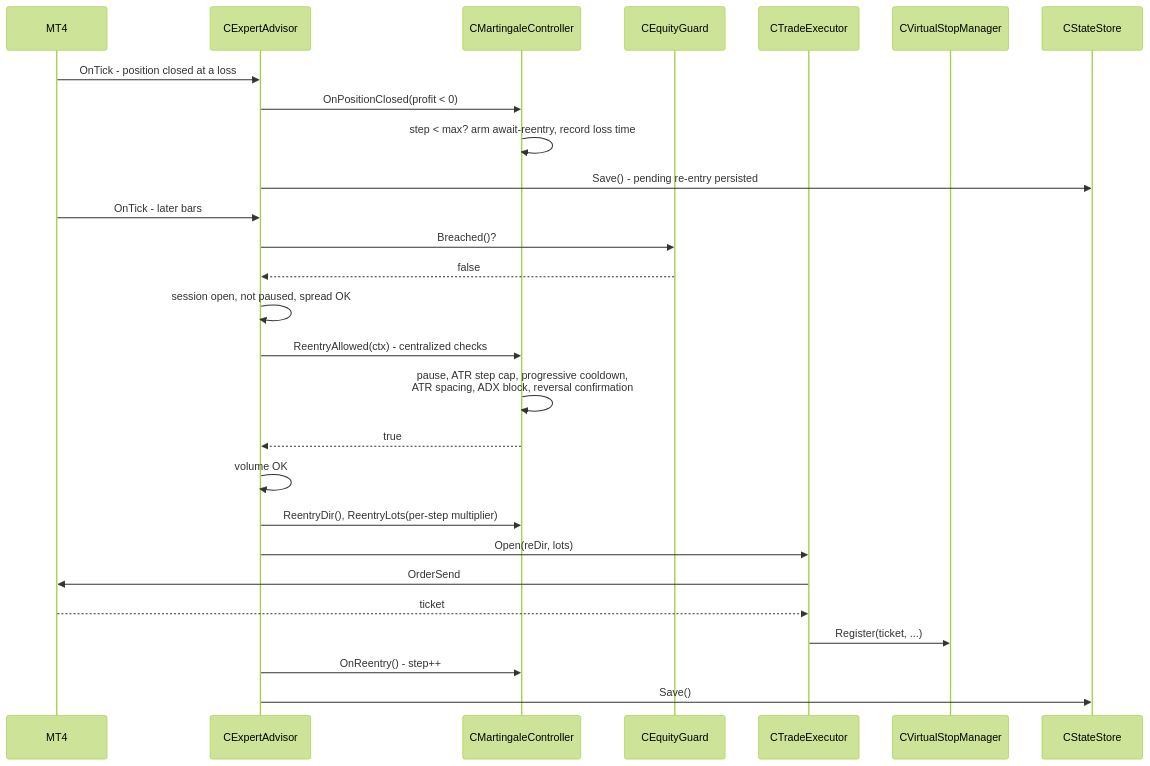
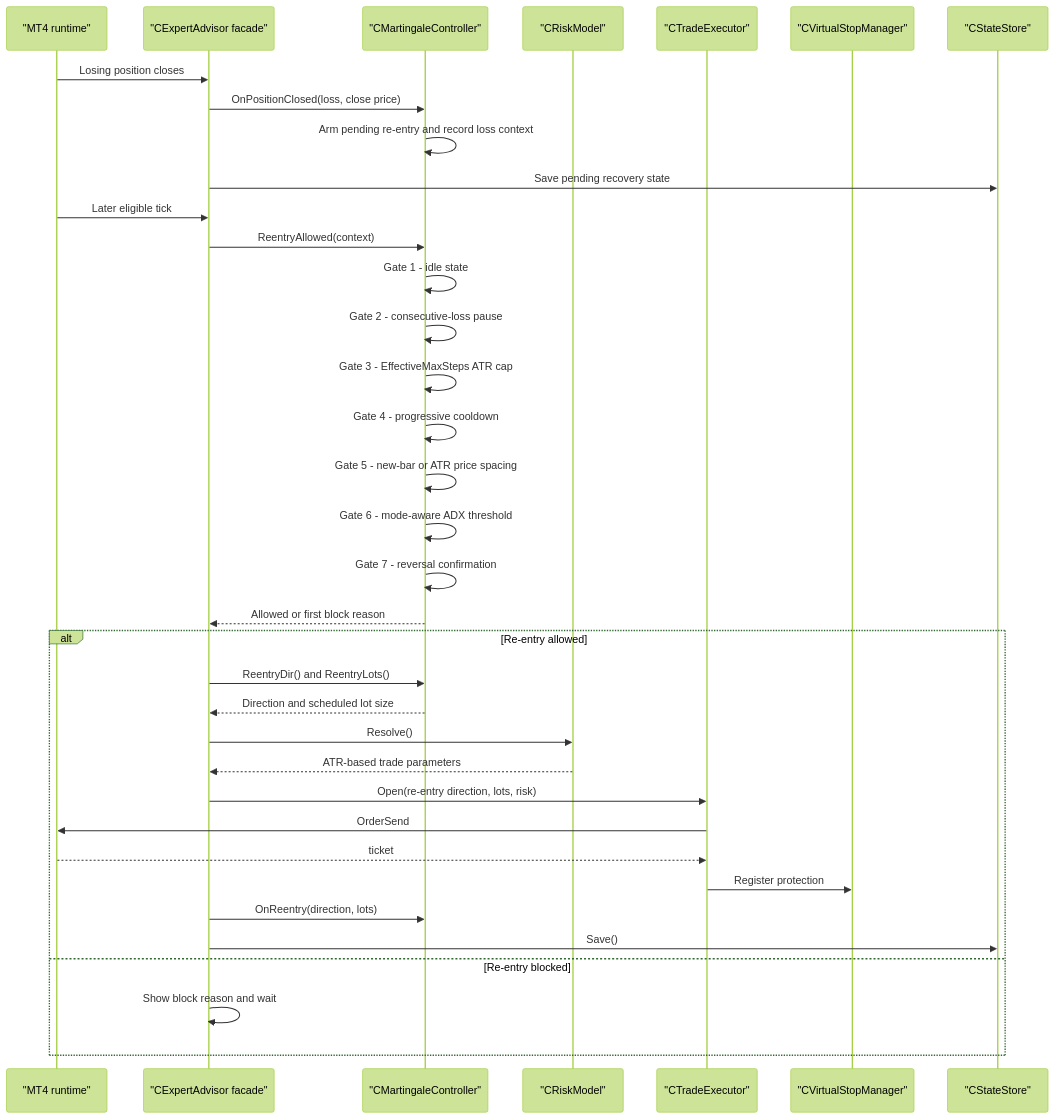
Before and after one commit to nhasibuan/oneminuteman: the fourth of 7 diagrams in README.md, drawn with Mermaid (forest theme). The commit also changed other lines of this file and 1 other file, not shown here.

Commit message:
Add martingale ATR auto-calibration

````diff
--- a/README.md
+++ b/README.md
@@ -393,31 +400,39 @@
 ```mermaid
 sequenceDiagram
-    participant MT4
-    participant EA as CExpertAdvisor
-    participant Mart as CMartingaleController
-    participant Guard as CEquityGuard
-    participant Exec as CTradeExecutor
-    participant VSL as CVirtualStopManager
-    participant Store as CStateStore
+    participant MT4 as "MT4 runtime"
+    participant EA as "CExpertAdvisor facade"
+    participant Mart as "CMartingaleController"
+    participant Risk as "CRiskModel"
+    participant Exec as "CTradeExecutor"
+    participant VSL as "CVirtualStopManager"
+    participant Store as "CStateStore"
 
-    MT4->>EA: OnTick - position closed at a loss
-    EA->>Mart: OnPositionClosed(profit < 0)
-    Mart->>Mart: step < max? arm await-reentry, record loss time
-    EA->>Store: Save() - pending re-entry persisted
-
-    MT4->>EA: OnTick - later bars
-    EA->>Guard: Breached()?
-    Guard-->>EA: false
-    EA->>EA: session open, not paused, spread OK
-    EA->>Mart: ReentryAllowed(ctx) - centralized checks
-    Mart->>Mart: pause, ATR step cap, progressive cooldown,<br/>ATR spacing, ADX block, reversal confirmation
-    Mart-->>EA: true
-    EA->>EA: volume OK
-    EA->>Mart: ReentryDir(), ReentryLots(per-step multiplier)
-    EA->>Exec: Open(reDir, lots)
-    Exec->>MT4: OrderSend
-    MT4-->>Exec: ticket
-    Exec->>VSL: Register(ticket, ...)
-    EA->>Mart: OnReentry() - step++
-    EA->>Store: Save()
+    MT4->>EA: Losing position closes
+    EA->>Mart: OnPositionClosed(loss, close price)
+    Mart->>Mart: Arm pending re-entry and record loss context
+    EA->>Store: Save pending recovery state
+    MT4->>EA: Later eligible tick
+    EA->>Mart: ReentryAllowed(context)
+    Mart->>Mart: Gate 1 - idle state
+    Mart->>Mart: Gate 2 - consecutive-loss pause
+    Mart->>Mart: Gate 3 - EffectiveMaxSteps ATR cap
+    Mart->>Mart: Gate 4 - progressive cooldown
+    Mart->>Mart: Gate 5 - new-bar or ATR price spacing
+    Mart->>Mart: Gate 6 - mode-aware ADX threshold
+    Mart->>Mart: Gate 7 - reversal confirmation
+    Mart-->>EA: Allowed or first block reason
+    alt Re-entry allowed
+        EA->>Mart: ReentryDir() and ReentryLots()
+        Mart-->>EA: Direction and scheduled lot size
+        EA->>Risk: Resolve()
+        Risk-->>EA: ATR-based trade parameters
+        EA->>Exec: Open(re-entry direction, lots, risk)
+        Exec->>MT4: OrderSend
+        MT4-->>Exec: ticket
+        Exec->>VSL: Register protection
+        EA->>Mart: OnReentry(direction, lots)
+        EA->>Store: Save()
+    else Re-entry blocked
+        EA->>EA: Show block reason and wait
+    end
 ```
````
